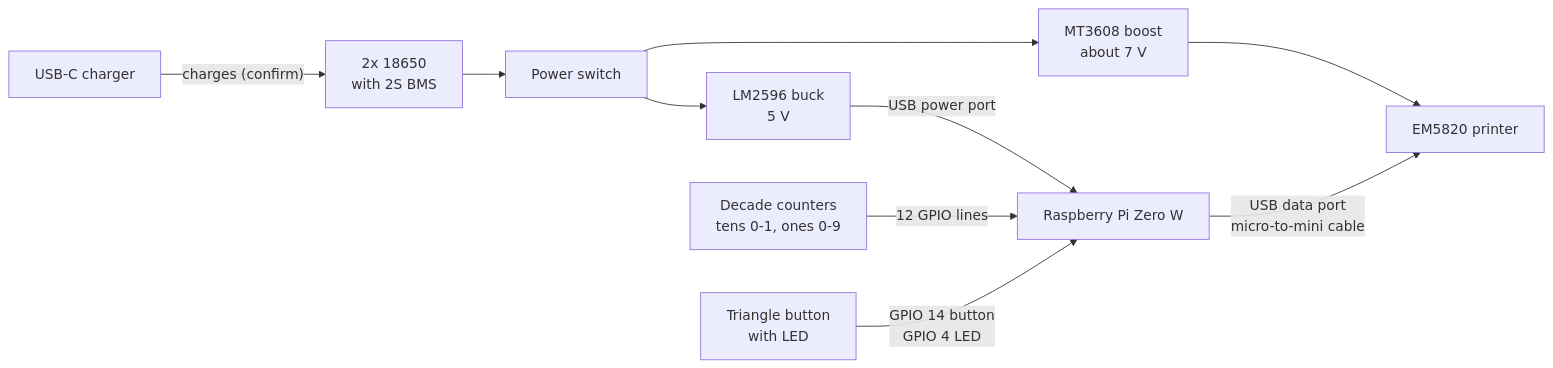
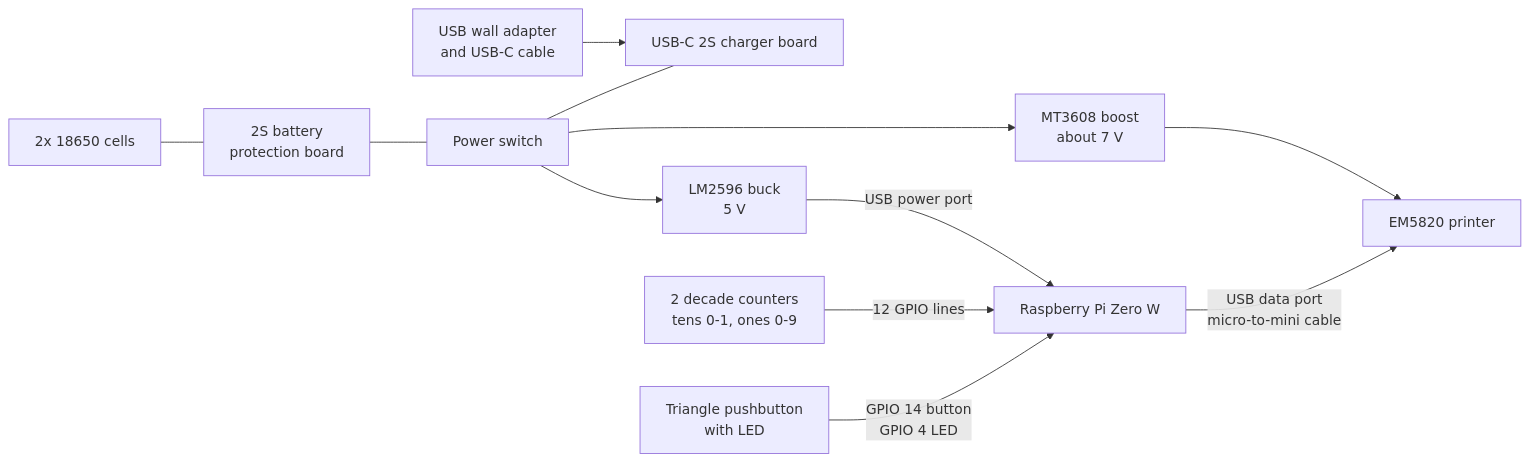
The diagram in docs/HARDWARE.md (calvin-young/momir-machine), drawn with Mermaid before and after one commit. The commit also changed other lines of this file and 1 other file, not shown here.

````diff
--- a/docs/HARDWARE.md
+++ b/docs/HARDWARE.md
@@ -30,12 +32,14 @@
 ```mermaid
 flowchart LR
-    usbc["USB-C charger"] -- "charges (confirm)" --> pack
-    pack["2x 18650<br/>with 2S BMS"] --> switch["Power switch"]
+    wall["USB wall adapter<br/>and USB-C cable"] --> charger["USB-C 2S charger board"]
+    cells["2x 18650 cells"] --- bms["2S battery<br/>protection board"]
+    bms --- switch["Power switch"]
+    switch --- charger
     switch --> boost["MT3608 boost<br/>about 7 V"]
     switch --> buck["LM2596 buck<br/>5 V"]
     boost --> printer["EM5820 printer"]
     buck -- "USB power port" --> pi["Raspberry Pi Zero W"]
     pi -- "USB data port<br/>micro-to-mini cable" --> printer
-    dial["Decade counters<br/>tens 0-1, ones 0-9"] -- "12 GPIO lines" --> pi
-    btn["Triangle button<br/>with LED"] -- "GPIO 14 button<br/>GPIO 4 LED" --> pi
+    dial["2 decade counters<br/>tens 0-1, ones 0-9"] -- "12 GPIO lines" --> pi
+    btn["Triangle pushbutton<br/>with LED"] -- "GPIO 14 button<br/>GPIO 4 LED" --> pi
 ```
````
